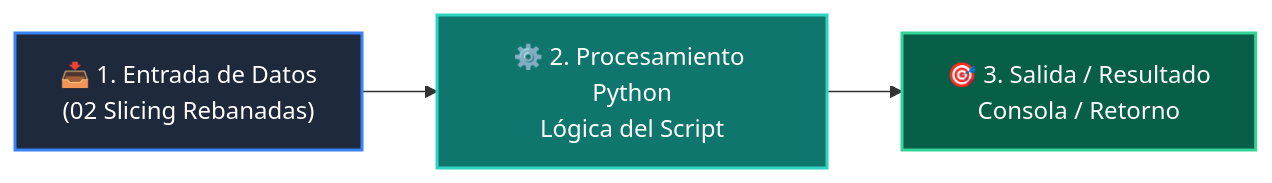
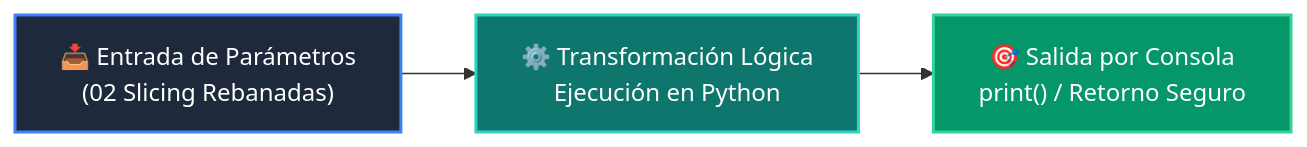
One commit to wisrovi/wisrovi-python changed the diagram in 01-fundamentos-python/clase-05-listas-y-colecciones/ejemplos/ejemplo_02_slicing_rebanadas/README.md. Above: the diagram before and after it, drawn with Mermaid. The commit also changed other lines of this file and 226 other files, not shown here.

Commit message:
docs: elevate all repository READMEs to world-class mastery standard with rich pedagogical architecture, custom Mermaids, and professional styling

````diff
--- a/01-fundamentos-python/clase-05-listas-y-colecciones/ejemplos/ejemplo_02_slicing_rebanadas/README.md
+++ b/01-fundamentos-python/clase-05-listas-y-colecciones/ejemplos/ejemplo_02_slicing_rebanadas/README.md
@@ -12,9 +19,9 @@
 ```mermaid
 flowchart LR
-    A["📥 1. Entrada de Datos<br/>(02 Slicing Rebanadas)"] --> B["⚙️ 2. Procesamiento Python<br/>Lógica del Script"]
-    B --> C["🎯 3. Salida / Resultado<br/>Consola / Retorno"]
+    A["📥 Entrada de Parámetros<br/>(02 Slicing Rebanadas)"] --> B["⚙️ Transformación Lógica<br/>Ejecución en Python"]
+    B --> C["🎯 Salida por Consola<br/>print() / Retorno Seguro"]
 
-    style A fill:#1e293b,color:#fff,stroke:#3b82f6,stroke-width:2px
-    style B fill:#0f766e,color:#fff,stroke:#2dd4bf,stroke-width:2px
-    style C fill:#065f46,color:#fff,stroke:#34d399,stroke-width:2px
+    style A fill:#1e293b,color:#ffffff,stroke:#3b82f6,stroke-width:2px
+    style B fill:#0f766e,color:#ffffff,stroke:#2dd4bf,stroke-width:2px
+    style C fill:#059669,color:#ffffff,stroke:#34d399,stroke-width:2px
 ```
````
